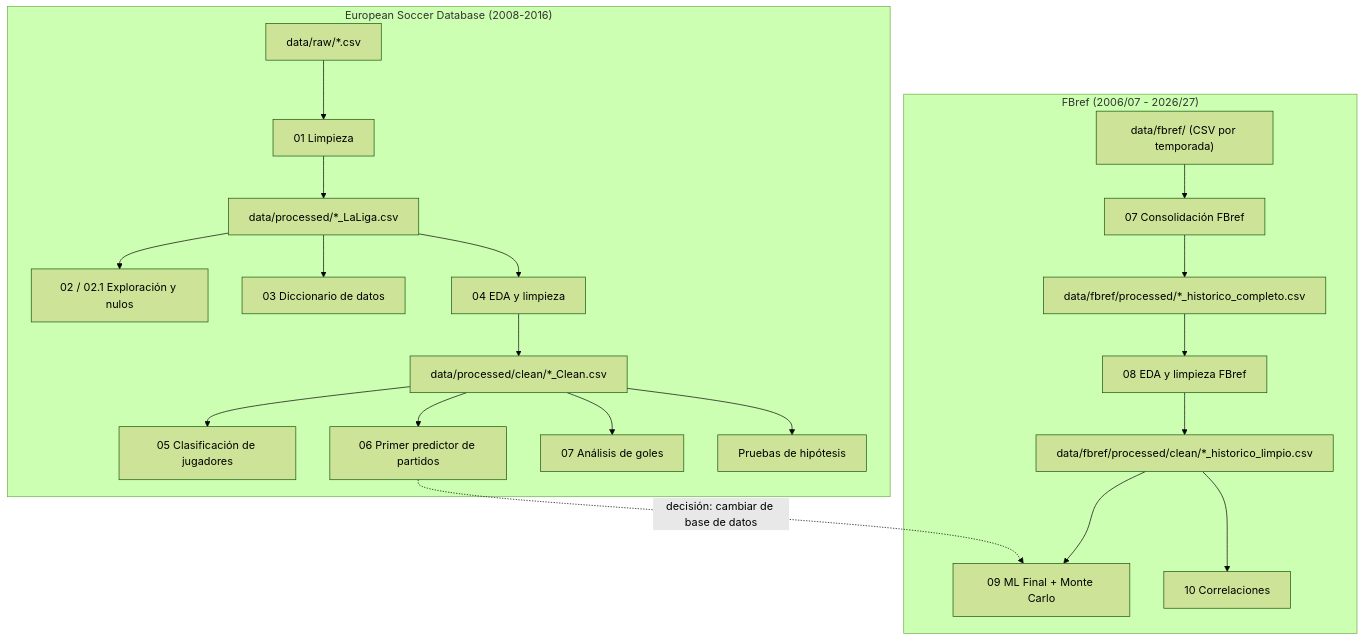
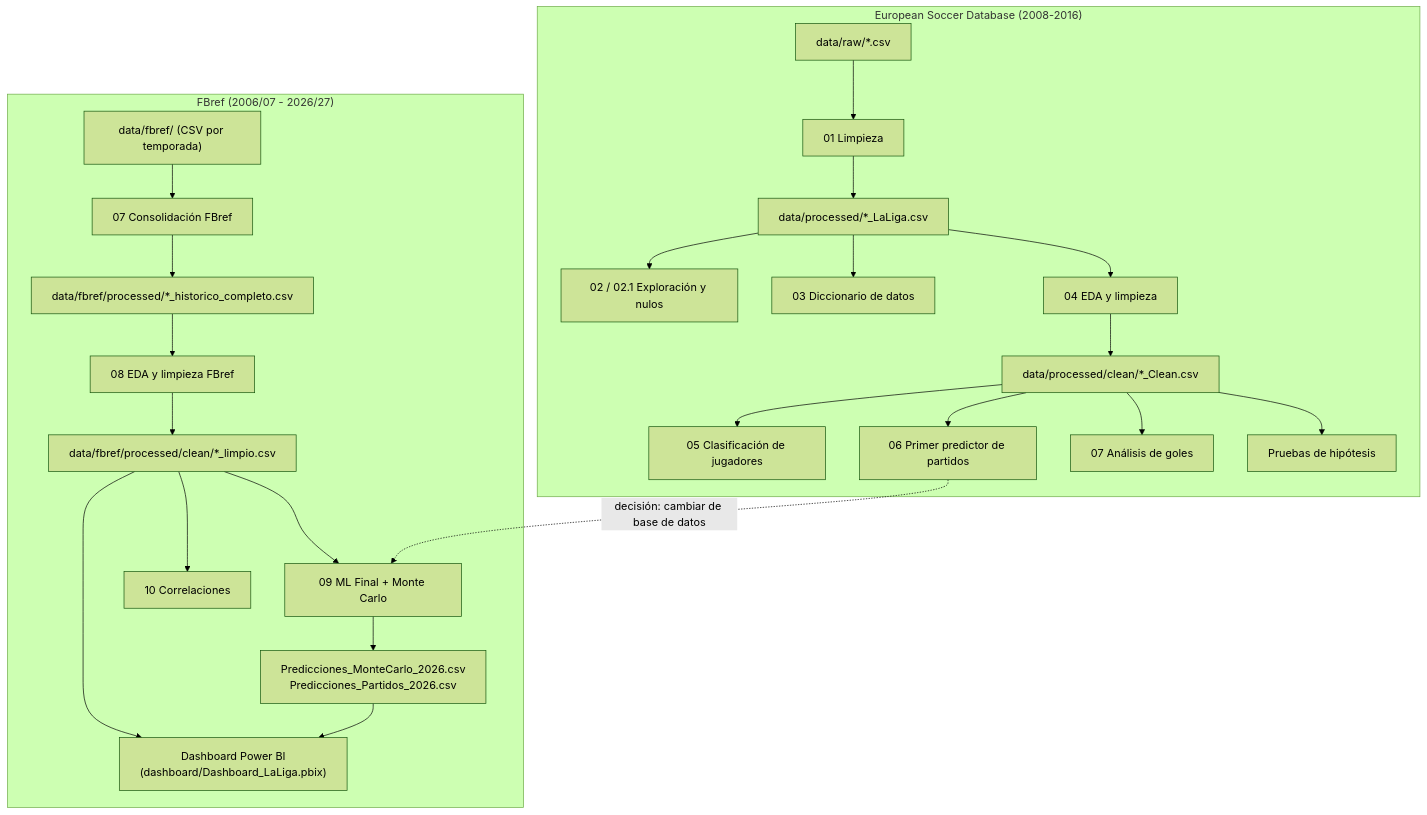
The diagram in notebooks/README.md (GzzAlejandro/proyecto-integrador-laliga), drawn with Mermaid (forest theme) before and after one commit. The commit also changed other lines of this file and 14 other files, not shown here.

````diff
--- a/notebooks/README.md
+++ b/notebooks/README.md
@@ -10,24 +10,27 @@
 ```mermaid
 flowchart TD
     subgraph ESD["European Soccer Database (2008-2016)"]
         R1["data/raw/*.csv"] --> N01["01 Limpieza"]
         N01 --> P1["data/processed/*_LaLiga.csv"]
         P1 --> N02["02 / 02.1 Exploración y nulos"]
         P1 --> N03["03 Diccionario de datos"]
         P1 --> N04["04 EDA y limpieza"]
         N04 --> C1["data/processed/clean/*_Clean.csv"]
         C1 --> N05["05 Clasificación de jugadores"]
         C1 --> N06["06 Primer predictor de partidos"]
         C1 --> N07A["07 Análisis de goles"]
         C1 --> HIP["Pruebas de hipótesis"]
     end
     subgraph FB["FBref (2006/07 - 2026/27)"]
         R2["data/fbref/ (CSV por temporada)"] --> N07B["07 Consolidación FBref"]
         N07B --> P2["data/fbref/processed/*_historico_completo.csv"]
         P2 --> N08["08 EDA y limpieza FBref"]
-        N08 --> C2["data/fbref/processed/clean/*_historico_limpio.csv"]
+        N08 --> C2["data/fbref/processed/clean/*_limpio.csv"]
         C2 --> N09["09 ML Final + Monte Carlo"]
+        N09 --> PR["Predicciones_MonteCarlo_2026.csv<br/>Predicciones_Partidos_2026.csv"]
         C2 --> N10["10 Correlaciones"]
+        C2 --> PBI["Dashboard Power BI<br/>(dashboard/Dashboard_LaLiga.pbix)"]
+        PR --> PBI
     end
     N06 -. "decisión: cambiar de base de datos" .-> N09
 ```
````
